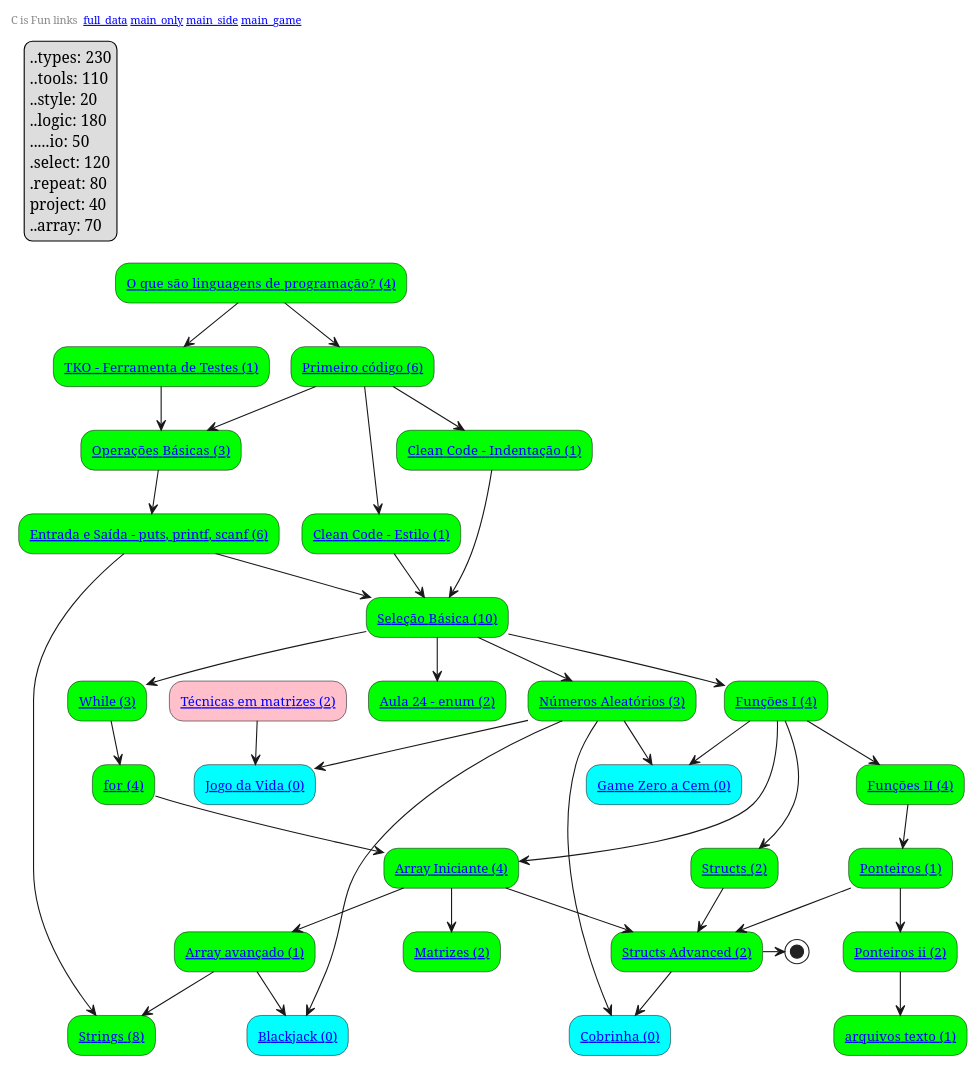
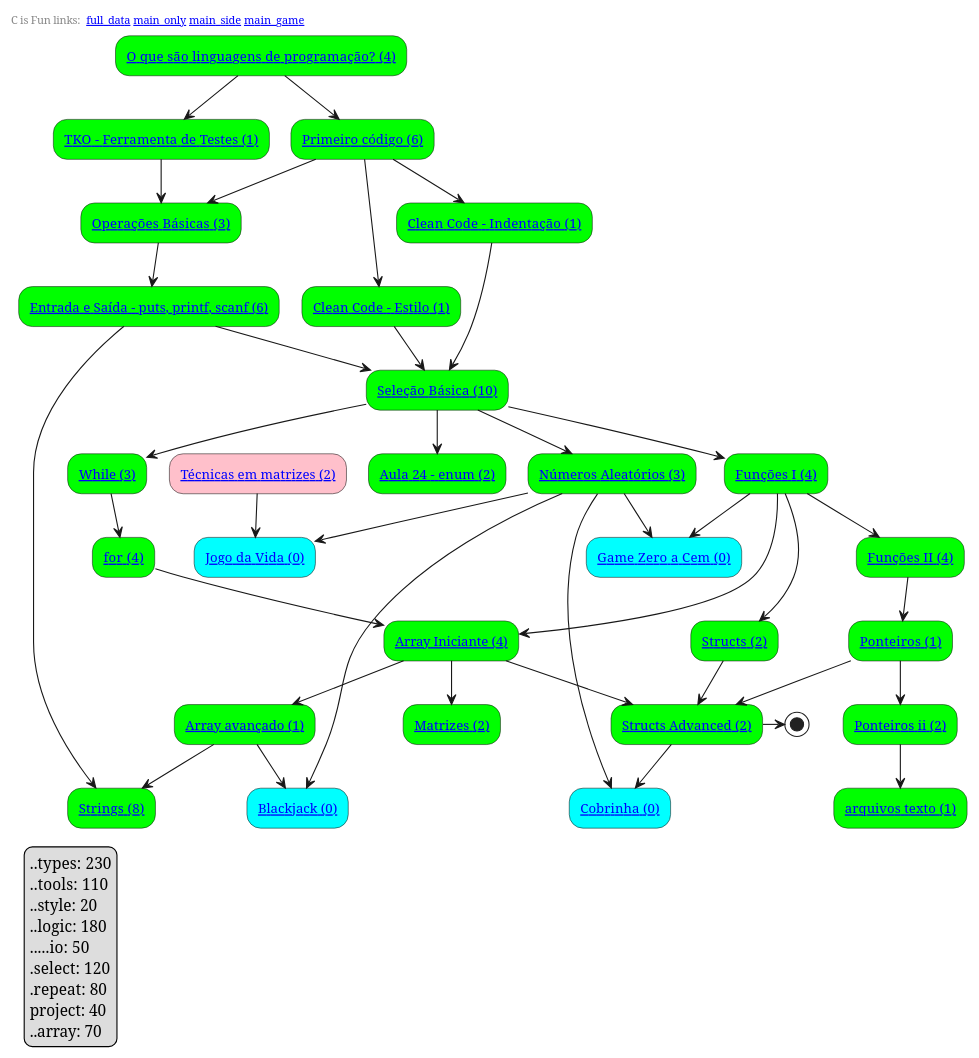
One commit to senapk/c_is_fun changed the diagram in graph/main_game.puml. Above: the diagram before and after it, drawn with PlantUML. The commit also changed 8 other files, not shown here.

Commit message:
add: bottom left legend

```diff
--- a/graph/main_game.puml
+++ b/graph/main_game.puml
@@ -1,56 +1,56 @@
 @startuml main_game
 skinparam defaultFontName Hasklig
 skinparam defaulttextalignment left
 header
-    C is Fun links  [[https://raw.githubusercontent.com/senapk/c_is_fun/main/graph/full_data.svg full_data]] [[https://raw.githubusercontent.com/senapk/c_is_fun/main/graph/main_only.svg main_only]] [[https://raw.githubusercontent.com/senapk/c_is_fun/main/graph/main_side.svg main_side]] [[https://raw.githubusercontent.com/senapk/c_is_fun/main/graph/main_game.svg main_game]]
+C is Fun links:  [[https://raw.githubusercontent.com/senapk/c_is_fun/main/graph/full_data.svg full_data]] [[https://raw.githubusercontent.com/senapk/c_is_fun/main/graph/main_only.svg main_only]] [[https://raw.githubusercontent.com/senapk/c_is_fun/main/graph/main_side.svg main_side]] [[https://raw.githubusercontent.com/senapk/c_is_fun/main/graph/main_game.svg main_game]]
 end header
 "[[https://github.com/senapk/c_is_fun/blob/main/graph/Readme.md#o-que-são-linguagens-de-programação-types20 O que são linguagens de programação?  (4)]]" #lime --> "[[https://github.com/senapk/c_is_fun/blob/main/graph/Readme.md#primeiro-código-types30 Primeiro código  (6)]]" #lime
 "[[https://github.com/senapk/c_is_fun/blob/main/graph/Readme.md#entrada-e-saída---puts-printf-scanf-io10 Entrada e Saída - puts, printf, scanf  (6)]]" #lime --> "[[https://github.com/senapk/c_is_fun/blob/main/graph/Readme.md#strings-types10-select10 Strings  (8)]]" #lime
 "[[https://github.com/senapk/c_is_fun/blob/main/graph/Readme.md#primeiro-código-types30 Primeiro código  (6)]]" #lime --> "[[https://github.com/senapk/c_is_fun/blob/main/graph/Readme.md#clean-code---estilo-style10 Clean Code - Estilo  (1)]]" #lime
 "[[https://github.com/senapk/c_is_fun/blob/main/graph/Readme.md#primeiro-código-types30 Primeiro código  (6)]]" #lime --> "[[https://github.com/senapk/c_is_fun/blob/main/graph/Readme.md#clean-code---indentação-style10 Clean Code - Indentação  (1)]]" #lime
 "[[https://github.com/senapk/c_is_fun/blob/main/graph/Readme.md#primeiro-código-types30 Primeiro código  (6)]]" #lime --> "[[https://github.com/senapk/c_is_fun/blob/main/graph/Readme.md#operações-básicas-logic10 Operações Básicas  (3)]]" #lime
 "[[https://github.com/senapk/c_is_fun/blob/main/graph/Readme.md#tko---ferramenta-de-testes-tools10 TKO - Ferramenta de Testes  (1)]]" #lime --> "[[https://github.com/senapk/c_is_fun/blob/main/graph/Readme.md#operações-básicas-logic10 Operações Básicas  (3)]]" #lime
 "[[https://github.com/senapk/c_is_fun/blob/main/graph/Readme.md#operações-básicas-logic10 Operações Básicas  (3)]]" #lime --> "[[https://github.com/senapk/c_is_fun/blob/main/graph/Readme.md#entrada-e-saída---puts-printf-scanf-io10 Entrada e Saída - puts, printf, scanf  (6)]]" #lime
 "[[https://github.com/senapk/c_is_fun/blob/main/graph/Readme.md#o-que-são-linguagens-de-programação-types20 O que são linguagens de programação?  (4)]]" #lime --> "[[https://github.com/senapk/c_is_fun/blob/main/graph/Readme.md#tko---ferramenta-de-testes-tools10 TKO - Ferramenta de Testes  (1)]]" #lime
 "[[https://github.com/senapk/c_is_fun/blob/main/graph/Readme.md#entrada-e-saída---puts-printf-scanf-io10 Entrada e Saída - puts, printf, scanf  (6)]]" #lime --> "[[https://github.com/senapk/c_is_fun/blob/main/graph/Readme.md#seleção-básica-select10 Seleção Básica  (10)]]" #lime
 "[[https://github.com/senapk/c_is_fun/blob/main/graph/Readme.md#clean-code---estilo-style10 Clean Code - Estilo  (1)]]" #lime --> "[[https://github.com/senapk/c_is_fun/blob/main/graph/Readme.md#seleção-básica-select10 Seleção Básica  (10)]]" #lime
 "[[https://github.com/senapk/c_is_fun/blob/main/graph/Readme.md#clean-code---indentação-style10 Clean Code - Indentação  (1)]]" #lime --> "[[https://github.com/senapk/c_is_fun/blob/main/graph/Readme.md#seleção-básica-select10 Seleção Básica  (10)]]" #lime
 "[[https://github.com/senapk/c_is_fun/blob/main/graph/Readme.md#seleção-básica-select10 Seleção Básica  (10)]]" #lime --> "[[https://github.com/senapk/c_is_fun/blob/main/graph/Readme.md#funções-i-types10 Funções I  (4)]]" #lime
 "[[https://github.com/senapk/c_is_fun/blob/main/graph/Readme.md#funções-i-types10 Funções I  (4)]]" #lime --> "[[https://github.com/senapk/c_is_fun/blob/main/graph/Readme.md#funções-ii-logic10 Funções II  (4)]]" #lime
 "[[https://github.com/senapk/c_is_fun/blob/main/graph/Readme.md#seleção-básica-select10 Seleção Básica  (10)]]" #lime --> "[[https://github.com/senapk/c_is_fun/blob/main/graph/Readme.md#while-repeat10 While  (3)]]" #lime
 "[[https://github.com/senapk/c_is_fun/blob/main/graph/Readme.md#while-repeat10 While  (3)]]" #lime --> "[[https://github.com/senapk/c_is_fun/blob/main/graph/Readme.md#for-repeat10 for  (4)]]" #lime
 "[[https://github.com/senapk/c_is_fun/blob/main/graph/Readme.md#seleção-básica-select10 Seleção Básica  (10)]]" #lime --> "[[https://github.com/senapk/c_is_fun/blob/main/graph/Readme.md#números-aleatórios-tools10 Números Aleatórios  (3)]]" #lime
 "[[https://github.com/senapk/c_is_fun/blob/main/graph/Readme.md#números-aleatórios-tools10 Números Aleatórios  (3)]]" #lime --> "[[https://github.com/senapk/c_is_fun/blob/main/graph/Readme.md#game-zero-a-cem-project10 Game Zero a Cem  (0)]]" #cyan
 "[[https://github.com/senapk/c_is_fun/blob/main/graph/Readme.md#funções-i-types10 Funções I  (4)]]" #lime --> "[[https://github.com/senapk/c_is_fun/blob/main/graph/Readme.md#game-zero-a-cem-project10 Game Zero a Cem  (0)]]" #cyan
 "[[https://github.com/senapk/c_is_fun/blob/main/graph/Readme.md#for-repeat10 for  (4)]]" #lime --> "[[https://github.com/senapk/c_is_fun/blob/main/graph/Readme.md#array-iniciante-types10 Array Iniciante  (4)]]" #lime
 "[[https://github.com/senapk/c_is_fun/blob/main/graph/Readme.md#funções-i-types10 Funções I  (4)]]" #lime --> "[[https://github.com/senapk/c_is_fun/blob/main/graph/Readme.md#array-iniciante-types10 Array Iniciante  (4)]]" #lime
 "[[https://github.com/senapk/c_is_fun/blob/main/graph/Readme.md#array-iniciante-types10 Array Iniciante  (4)]]" #lime --> "[[https://github.com/senapk/c_is_fun/blob/main/graph/Readme.md#array-avançado-logic10-select10-repeat10 Array avançado  (1)]]" #lime
 "[[https://github.com/senapk/c_is_fun/blob/main/graph/Readme.md#números-aleatórios-tools10 Números Aleatórios  (3)]]" #lime --> "[[https://github.com/senapk/c_is_fun/blob/main/graph/Readme.md#blackjack-project10 Blackjack  (0)]]" #cyan
 "[[https://github.com/senapk/c_is_fun/blob/main/graph/Readme.md#array-avançado-logic10-select10-repeat10 Array avançado  (1)]]" #lime --> "[[https://github.com/senapk/c_is_fun/blob/main/graph/Readme.md#blackjack-project10 Blackjack  (0)]]" #cyan
 "[[https://github.com/senapk/c_is_fun/blob/main/graph/Readme.md#array-avançado-logic10-select10-repeat10 Array avançado  (1)]]" #lime --> "[[https://github.com/senapk/c_is_fun/blob/main/graph/Readme.md#strings-types10-select10 Strings  (8)]]" #lime
 "[[https://github.com/senapk/c_is_fun/blob/main/graph/Readme.md#funções-ii-logic10 Funções II  (4)]]" #lime --> "[[https://github.com/senapk/c_is_fun/blob/main/graph/Readme.md#ponteiros-types10 Ponteiros  (1)]]" #lime
 "[[https://github.com/senapk/c_is_fun/blob/main/graph/Readme.md#funções-i-types10 Funções I  (4)]]" #lime --> "[[https://github.com/senapk/c_is_fun/blob/main/graph/Readme.md#structs-types10 Structs  (2)]]" #lime
 "[[https://github.com/senapk/c_is_fun/blob/main/graph/Readme.md#array-iniciante-types10 Array Iniciante  (4)]]" #lime --> "[[https://github.com/senapk/c_is_fun/blob/main/graph/Readme.md#matrizes-types20-array30 Matrizes  (2)]]" #lime
 "[[https://github.com/senapk/c_is_fun/blob/main/graph/Readme.md#números-aleatórios-tools10 Números Aleatórios  (3)]]" #lime --> "[[https://github.com/senapk/c_is_fun/blob/main/graph/Readme.md#jogo-da-vida-project10 Jogo da Vida  (0)]]" #cyan
 "[[https://github.com/senapk/c_is_fun/blob/main/graph/Readme.md#técnicas-em-matrizes-select20-logic20-repeat20-array30 Técnicas em matrizes  (2)]]" #pink --> "[[https://github.com/senapk/c_is_fun/blob/main/graph/Readme.md#jogo-da-vida-project10 Jogo da Vida  (0)]]" #cyan
 "[[https://github.com/senapk/c_is_fun/blob/main/graph/Readme.md#números-aleatórios-tools10 Números Aleatórios  (3)]]" #lime --> "[[https://github.com/senapk/c_is_fun/blob/main/graph/Readme.md#cobrinha-project10 Cobrinha  (0)]]" #cyan
 "[[https://github.com/senapk/c_is_fun/blob/main/graph/Readme.md#structs-advanced-select20-logic30-repeat10-array10 Structs Advanced  (2)]]" #lime --> "[[https://github.com/senapk/c_is_fun/blob/main/graph/Readme.md#cobrinha-project10 Cobrinha  (0)]]" #cyan
 "[[https://github.com/senapk/c_is_fun/blob/main/graph/Readme.md#seleção-básica-select10 Seleção Básica  (10)]]" #lime --> "[[https://github.com/senapk/c_is_fun/blob/main/graph/Readme.md#aula-24---enum-types10 Aula 24 - enum  (2)]]" #lime
 "[[https://github.com/senapk/c_is_fun/blob/main/graph/Readme.md#ponteiros-types10 Ponteiros  (1)]]" #lime --> "[[https://github.com/senapk/c_is_fun/blob/main/graph/Readme.md#ponteiros-ii-types10-logic10 Ponteiros ii  (2)]]" #lime
 "[[https://github.com/senapk/c_is_fun/blob/main/graph/Readme.md#ponteiros-ii-types10-logic10 Ponteiros ii  (2)]]" #lime --> "[[https://github.com/senapk/c_is_fun/blob/main/graph/Readme.md#arquivos-texto-types10-logic10 arquivos texto  (1)]]" #lime
 "[[https://github.com/senapk/c_is_fun/blob/main/graph/Readme.md#ponteiros-types10 Ponteiros  (1)]]" #lime --> "[[https://github.com/senapk/c_is_fun/blob/main/graph/Readme.md#structs-advanced-select20-logic30-repeat10-array10 Structs Advanced  (2)]]" #lime
 "[[https://github.com/senapk/c_is_fun/blob/main/graph/Readme.md#array-iniciante-types10 Array Iniciante  (4)]]" #lime --> "[[https://github.com/senapk/c_is_fun/blob/main/graph/Readme.md#structs-advanced-select20-logic30-repeat10-array10 Structs Advanced  (2)]]" #lime
 "[[https://github.com/senapk/c_is_fun/blob/main/graph/Readme.md#structs-types10 Structs  (2)]]" #lime --> "[[https://github.com/senapk/c_is_fun/blob/main/graph/Readme.md#structs-advanced-select20-logic30-repeat10-array10 Structs Advanced  (2)]]" #lime
 "[[https://github.com/senapk/c_is_fun/blob/main/graph/Readme.md#structs-advanced-select20-logic30-repeat10-array10 Structs Advanced  (2)]]" #lime -> (*)
-legend top left
+legend bottom left
   ..types: 230
   ..tools: 110
   ..style: 20
   ..logic: 180
   .....io: 50
   .select: 120
   .repeat: 80
   project: 40
   ..array: 70
 end legend
 @enduml
```
